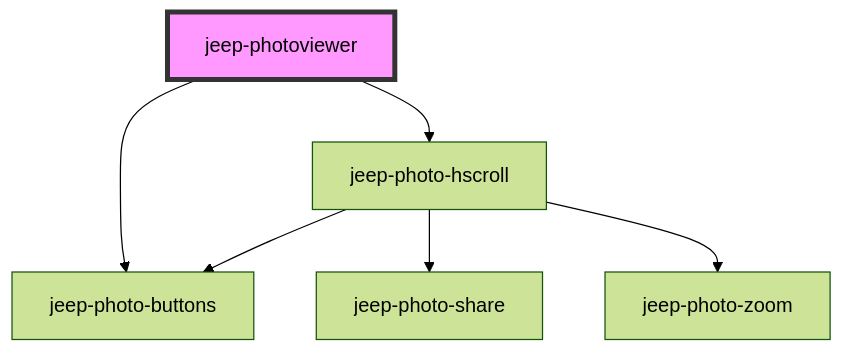
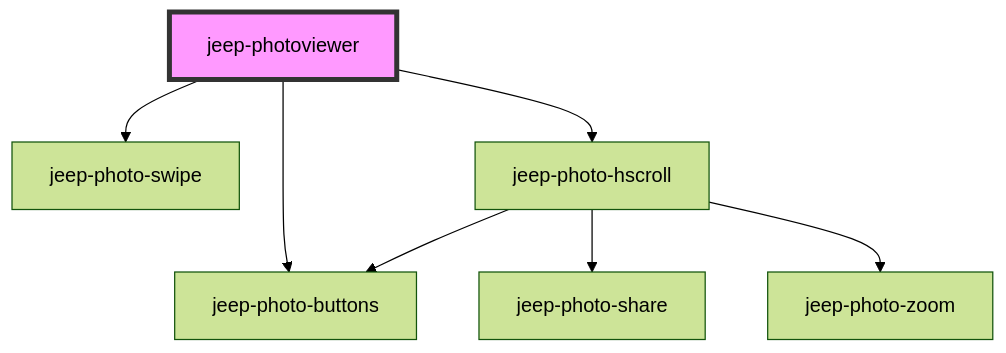
The diagram in src/components/jeep-photoviewer/readme.md (jepiqueau/jeep-photoviewer), drawn with Mermaid (forest theme) before and after one commit. The commit also changed other lines of this file and 2 other files, not shown here.

Commit message:
change readme's

````diff
--- a/src/components/jeep-photoviewer/readme.md
+++ b/src/components/jeep-photoviewer/readme.md
@@ -123,9 +124,10 @@
 ```mermaid
 graph TD;
+  jeep-photoviewer --> jeep-photo-swipe
   jeep-photoviewer --> jeep-photo-hscroll
   jeep-photoviewer --> jeep-photo-buttons
   jeep-photo-hscroll --> jeep-photo-buttons
   jeep-photo-hscroll --> jeep-photo-share
   jeep-photo-hscroll --> jeep-photo-zoom
   style jeep-photoviewer fill:#f9f,stroke:#333,stroke-width:4px
 ```
````
